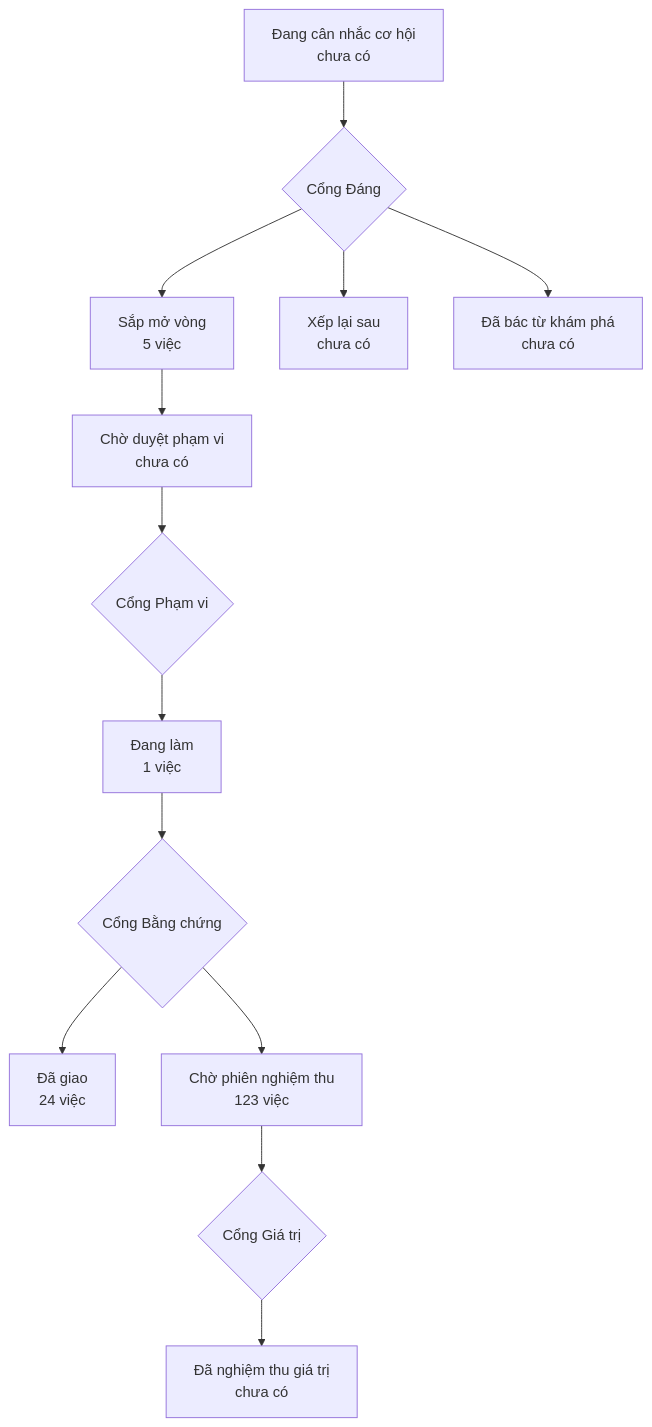
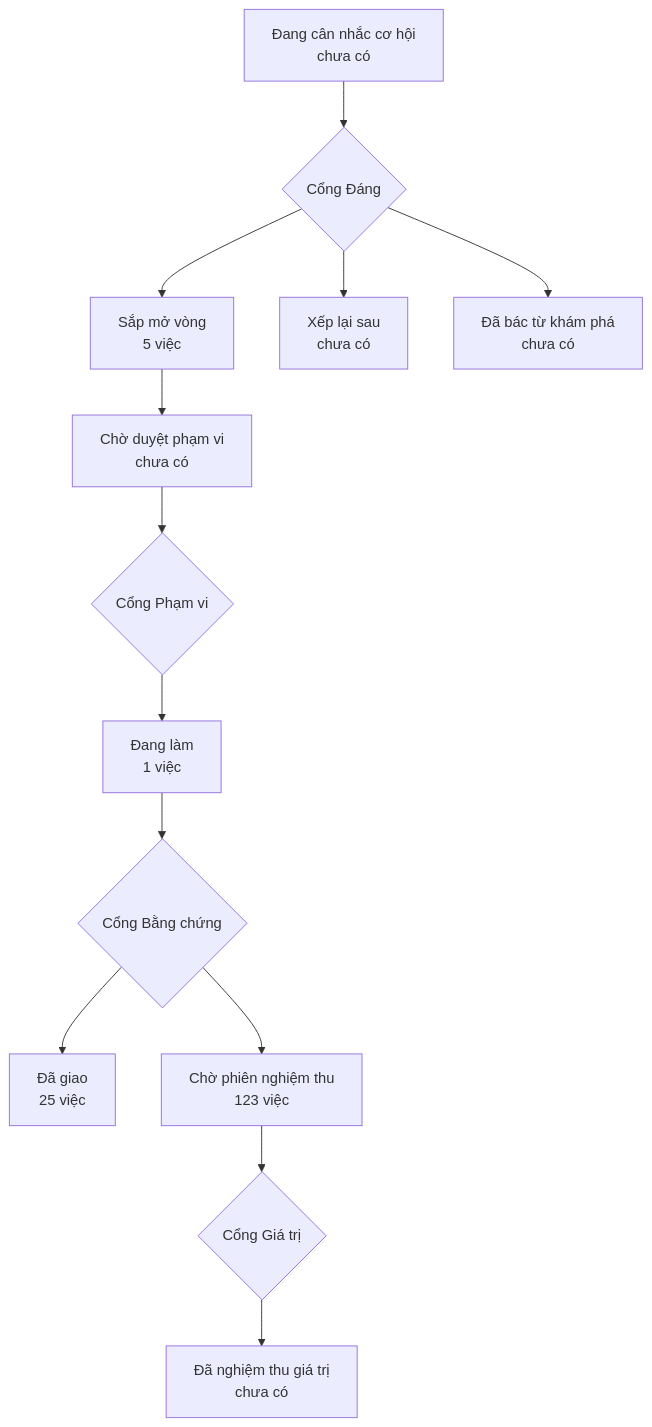
The diagram in PRODUCT-MAP.md (phanlemanh/onehub-quy-hang), drawn with Mermaid before and after one commit. The commit also changed other lines of this file and 1 other file, not shown here.

Commit message:
chore: vẽ lại bản đồ sau gộp main (#204)

````diff
--- a/PRODUCT-MAP.md
+++ b/PRODUCT-MAP.md
@@ -7,12 +7,12 @@
 ```mermaid
 flowchart TD
   A["Đang cân nhắc cơ hội<br/>chưa có"] --> GD{"Cổng Đáng"}
   GD --> B["Sắp mở vòng<br/>5 việc"]
   GD --> XL["Xếp lại sau<br/>chưa có"]
   GD --> DB["Đã bác từ khám phá<br/>chưa có"]
   B --> CD["Chờ duyệt phạm vi<br/>chưa có"] --> GP{"Cổng Phạm vi"}
   GP --> DL["Đang làm<br/>1 việc"] --> GB{"Cổng Bằng chứng"}
-  GB --> DG["Đã giao<br/>24 việc"]
+  GB --> DG["Đã giao<br/>25 việc"]
   GB --> CN["Chờ phiên nghiệm thu<br/>123 việc"] --> GG{"Cổng Giá trị"}
   GG --> NT["Đã nghiệm thu giá trị<br/>chưa có"]
 ```
````
